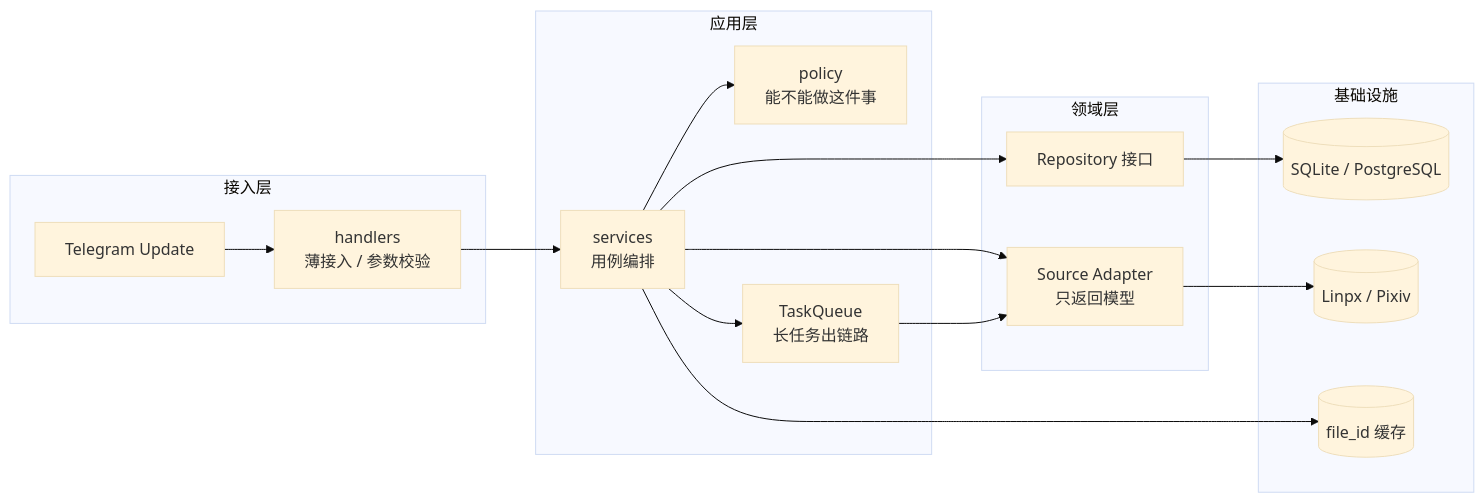
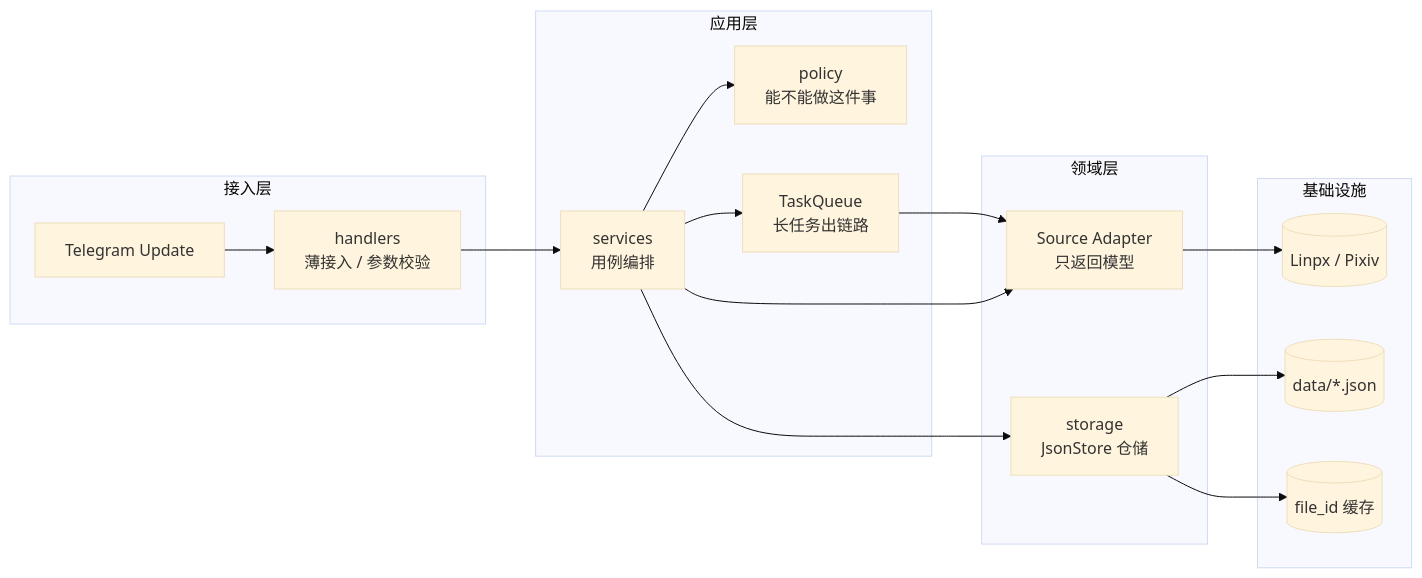
The diagram in docs/06-未来架构.md (DowneyRem/FurryReadingBot), drawn with Mermaid (base theme) before and after one commit. The commit also changed other lines of this file and 3 other files, not shown here.

````diff
--- a/docs/06-未来架构.md
+++ b/docs/06-未来架构.md
@@ -26,24 +27,24 @@
 ```mermaid
 flowchart LR
     subgraph 接入层
         telegram["Telegram Update"] --> handlers["handlers<br/>薄接入 / 参数校验"]
     end
 
     subgraph 应用层
         handlers --> services["services<br/>用例编排"]
         services --> policy["policy<br/>能不能做这件事"]
         services --> taskQueue["TaskQueue<br/>长任务出链路"]
     end
 
     subgraph 领域层
         services --> sourceAdapter["Source Adapter<br/>只返回模型"]
-        services --> repository["Repository 接口"]
+        services --> storage["storage<br/>JsonStore 仓储"]
     end
 
     subgraph 基础设施
-        repository --> db[("SQLite / PostgreSQL")]
+        storage --> db[("data/*.json")]
         sourceAdapter --> api[("Linpx / Pixiv")]
         taskQueue --> sourceAdapter
-        services --> cache[("file_id 缓存")]
+        storage --> cache[("file_id 缓存")]
     end
 ```
````
